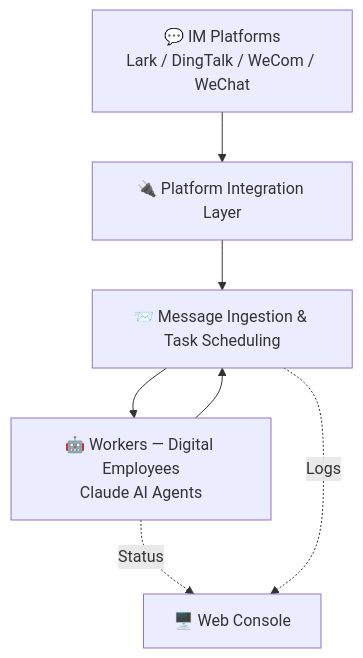
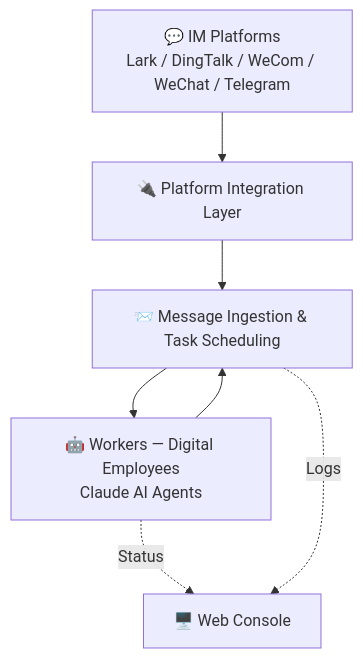
Before and after one commit to theopenbee/openbee: the diagram in README.md, drawn with Mermaid. The commit also changed other lines of this file and 1 other file, not shown here.

Commit message:
docs: add Telegram to supported IM platforms in README

````diff
--- a/README.md
+++ b/README.md
@@ -111,9 +111,9 @@
 ```mermaid
 graph TD
-    A["💬 IM Platforms\nLark / DingTalk / WeCom / WeChat"] --> B["🔌 Platform Integration Layer"]
+    A["💬 IM Platforms\nLark / DingTalk / WeCom / WeChat / Telegram"] --> B["🔌 Platform Integration Layer"]
     B --> C["📨 Message Ingestion & Task Scheduling"]
     C --> D["🤖 Workers — Digital Employees\nClaude AI Agents"]
     D --> C
     D -. "Status" .-> E["🖥️ Web Console"]
     C -. "Logs" .-> E
 ```
````
